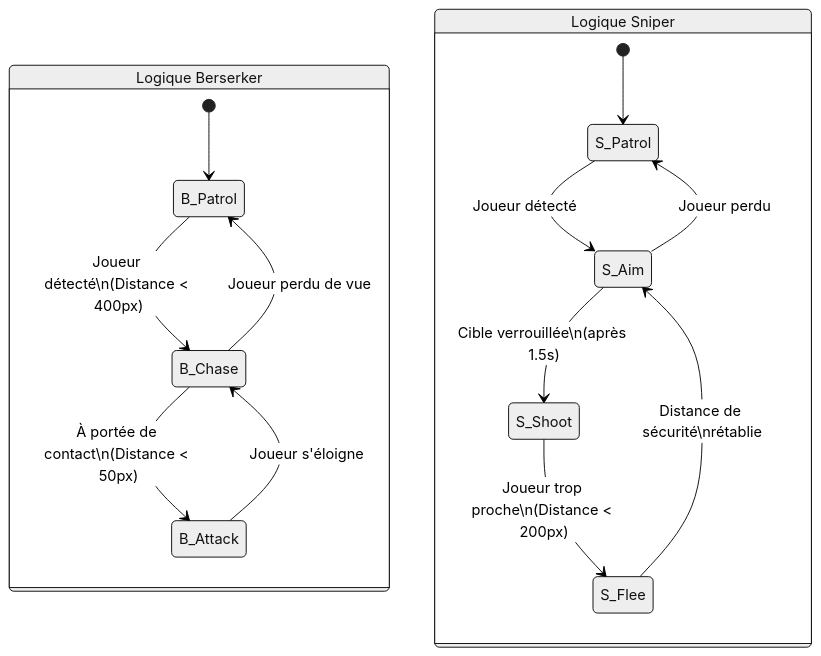
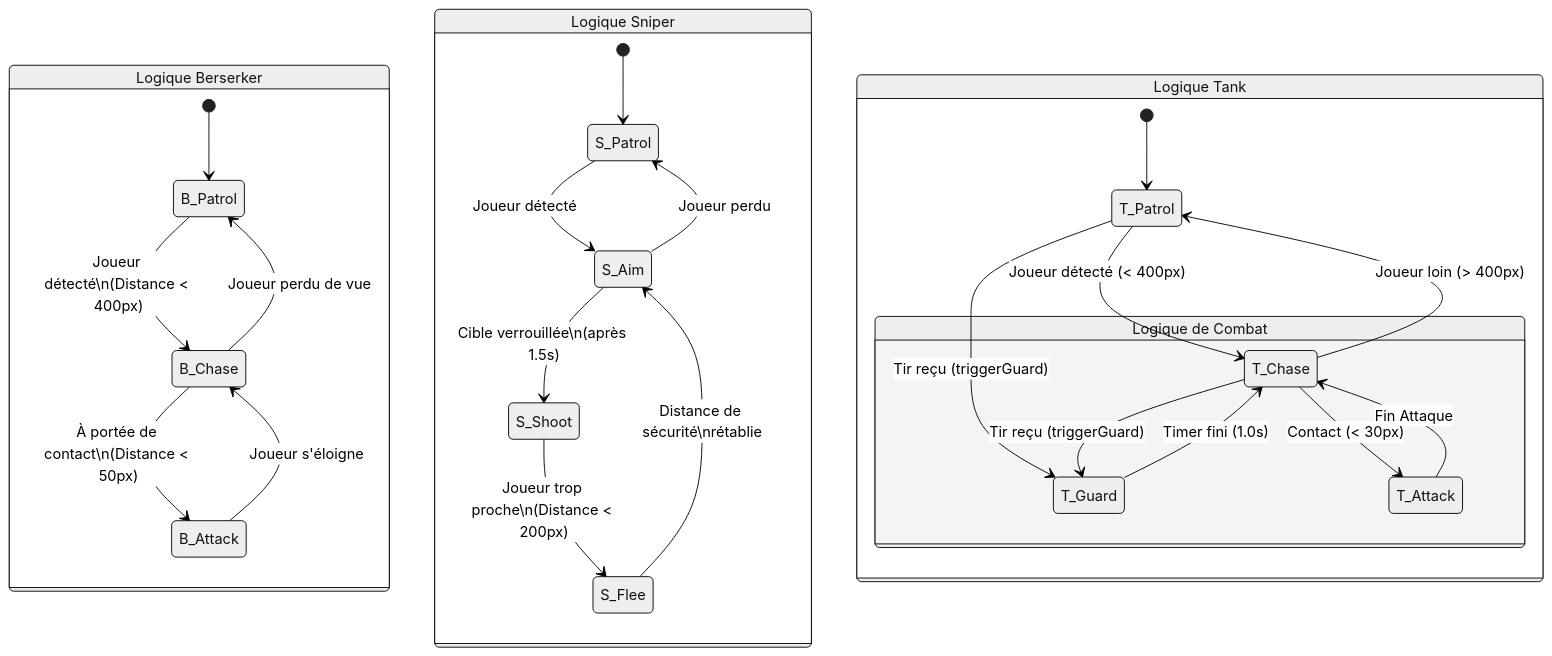
Before and after one commit to Alice2406/Arene-2D: the diagram in README.md, drawn with Mermaid (neutral theme).

Commit message:
Enhance README with Tank logic and combat states
Added state logic for Tank behavior and combat mechanics.

````diff
--- a/README.md
+++ b/README.md
@@ -1,22 +1,41 @@
 ```mermaid
 stateDiagram-v2
     direction TB
 
     state "Logique Berserker" as Berserker {
         [*] --> B_Patrol
         B_Patrol --> B_Chase : Joueur détecté\n(Distance < 400px)
         B_Chase --> B_Attack : À portée de contact\n(Distance < 50px)
         B_Attack --> B_Chase : Joueur s'éloigne
         B_Chase --> B_Patrol : Joueur perdu de vue
     }
 
     state "Logique Sniper" as Sniper {
         [*] --> S_Patrol
         S_Patrol --> S_Aim : Joueur détecté
         S_Aim --> S_Shoot : Cible verrouillée\n(après 1.5s)
         S_Shoot --> S_Flee : Joueur trop proche\n(Distance < 200px)
         S_Flee --> S_Aim : Distance de sécurité\nrétablie
         S_Aim --> S_Patrol : Joueur perdu
     }
 
+      state "Logique Tank" as Tank {
+       [*] --> T_Patrol
+    
+    T_Patrol --> T_Chase : Joueur détecté (< 400px)
+    T_Chase --> T_Patrol : Joueur loin (> 400px)
+
+    %% Mécanique de Tir (marche aussi depuis Patrol !)
+    T_Patrol --> T_Guard : Tir reçu (triggerGuard)
+    T_Chase --> T_Guard : Tir reçu (triggerGuard)
+    
+    state "Logique de Combat" as Combat {
+        T_Guard --> T_Chase : Timer fini (1.0s)
+        
+        T_Chase --> T_Attack : Contact (< 30px)
+        T_Attack --> T_Chase : Fin Attaque
+    }
+    }
+
+
 ```
````
